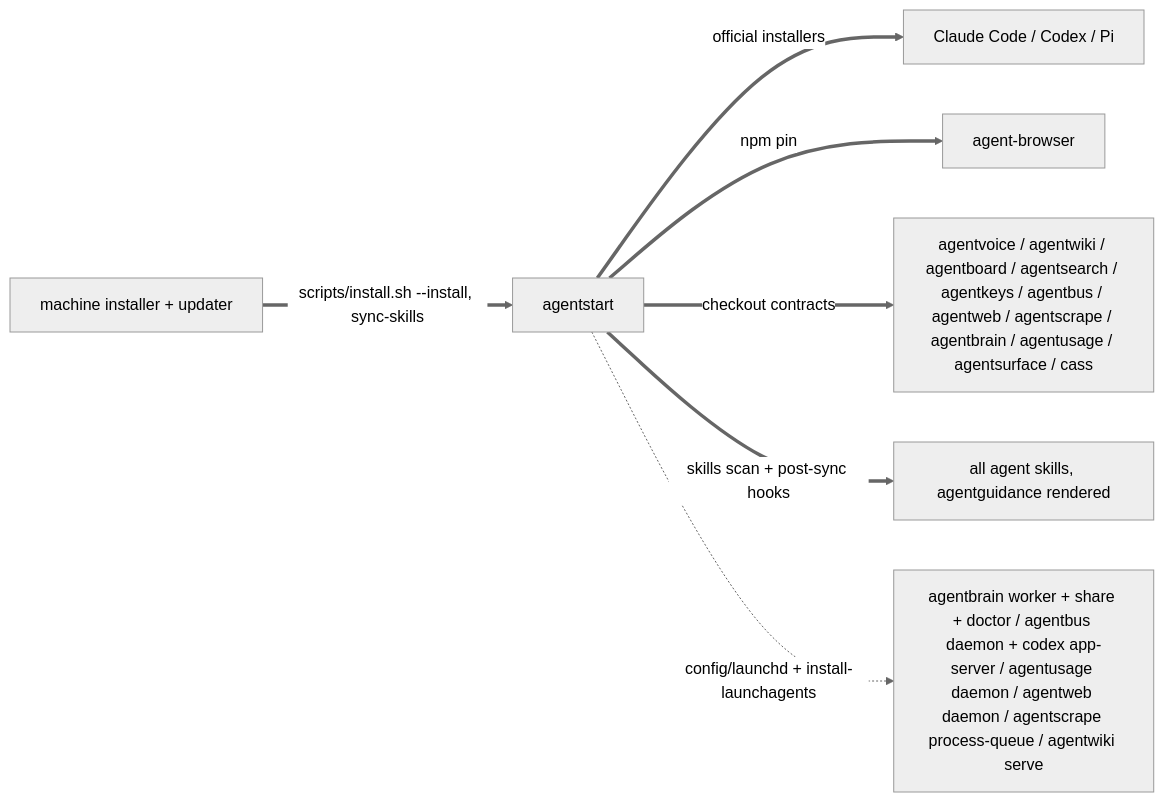
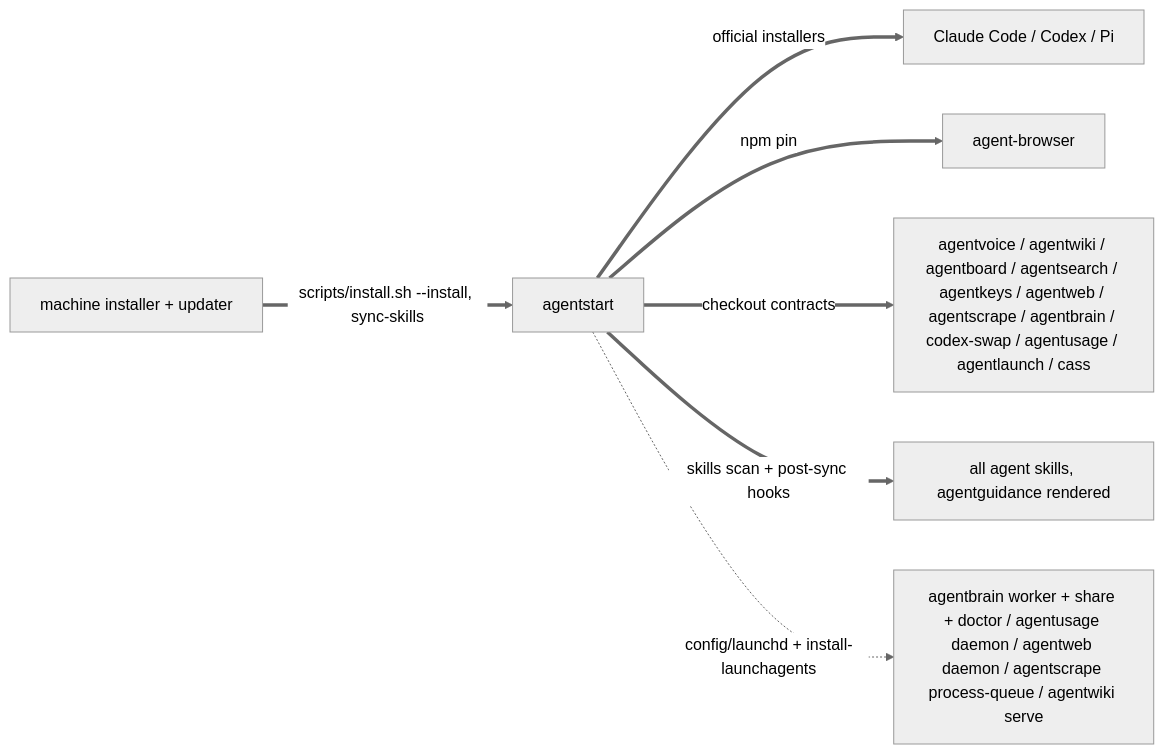
One commit to possibilities/agentdots changed the second of 3 diagrams in skills/fleet/MAP.md. Above: the diagram before and after it, drawn with Mermaid (neutral theme). The commit also changed other lines of this file and 22 other files, not shown here.

````diff
--- a/skills/fleet/MAP.md
+++ b/skills/fleet/MAP.md
@@ -73,12 +68,12 @@
 ```mermaid
 flowchart LR
     machine[machine installer + updater]
     start[agentstart]
 
     machine ==>|scripts/install.sh --install, sync-skills| start
     start ==>|official installers| harnesses[Claude Code / Codex / Pi]
     start ==>|npm pin| browser[agent-browser]
-    start ==>|checkout contracts| fleet[agentvoice / agentwiki / agentboard / agentsearch / agentkeys / agentbus / agentweb / agentscrape / agentbrain / agentusage / agentsurface / cass]
+    start ==>|checkout contracts| fleet[agentvoice / agentwiki / agentboard / agentsearch / agentkeys / agentweb / agentscrape / agentbrain / codex-swap / agentusage / agentlaunch / cass]
     start ==>|skills scan + post-sync hooks| skills[all agent skills, agentguidance rendered]
-    start -.->|config/launchd + install-launchagents| services[agentbrain worker + share + doctor / agentbus daemon + codex app-server / agentusage daemon / agentweb daemon / agentscrape process-queue / agentwiki serve]
+    start -.->|config/launchd + install-launchagents| services[agentbrain worker + share + doctor / agentusage daemon / agentweb daemon / agentscrape process-queue / agentwiki serve]
 ```
````
